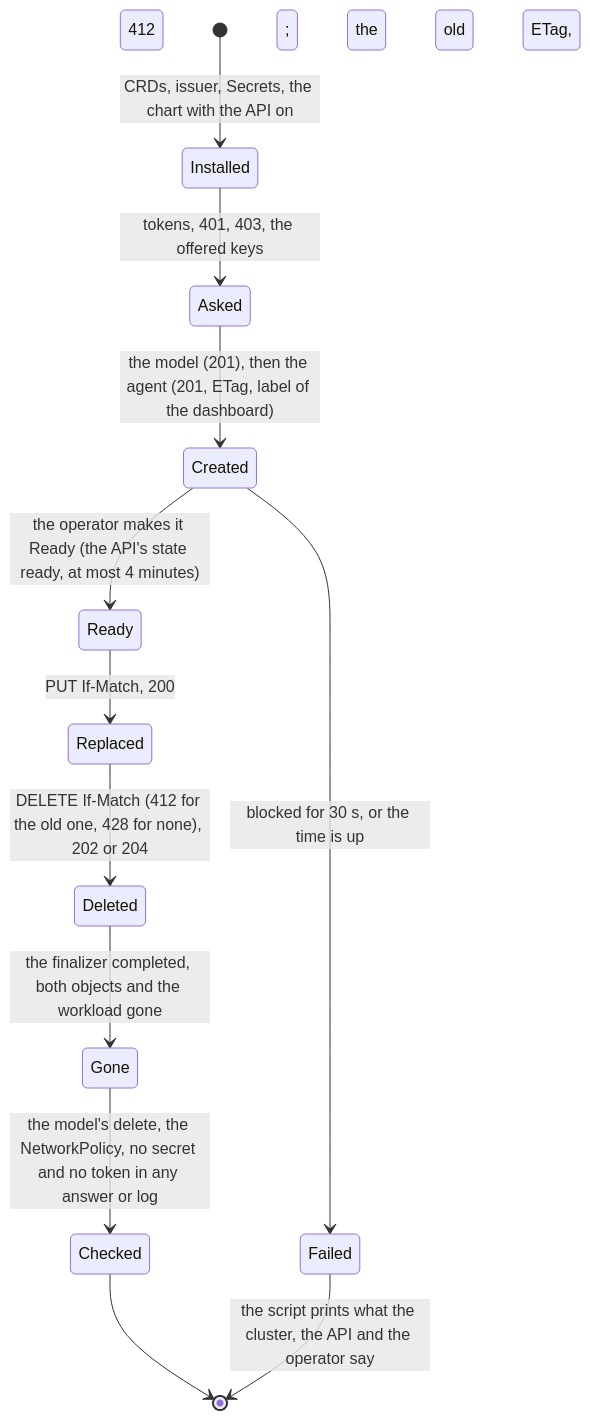
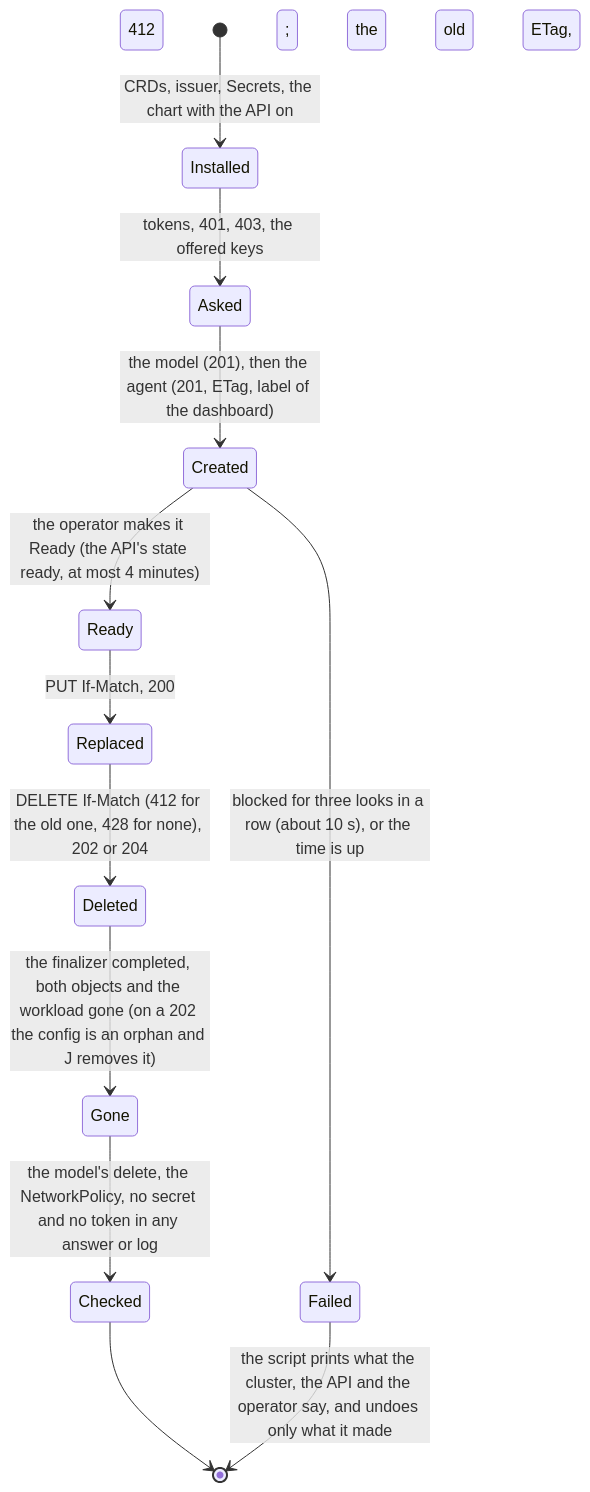
One commit to vymalo/another-agentic-platform changed the fourth of 4 diagrams in deploy/operator/tests/e2e/README.md. Above: the diagram before and after it, drawn with Mermaid. The commit also changed other lines of this file and 6 other files, not shown here.

````diff
--- a/deploy/operator/tests/e2e/README.md
+++ b/deploy/operator/tests/e2e/README.md
@@ -159,14 +180,14 @@
 ```mermaid
 stateDiagram-v2
     [*] --> Installed: CRDs, issuer, Secrets, the chart with the API on
     Installed --> Asked: tokens, 401, 403, the offered keys
     Asked --> Created: the model (201), then the agent (201, ETag, label of the dashboard)
     Created --> Ready: the operator makes it Ready (the API's state ready, at most 4 minutes)
-    Created --> Failed: blocked for 30 s, or the time is up
+    Created --> Failed: blocked for three looks in a row (about 10 s), or the time is up
     Ready --> Replaced: PUT If-Match, 200; the old ETag, 412
     Replaced --> Deleted: DELETE If-Match (412 for the old one, 428 for none), 202 or 204
-    Deleted --> Gone: the finalizer completed, both objects and the workload gone
+    Deleted --> Gone: the finalizer completed, both objects and the workload gone (on a 202 the config is an orphan and J removes it)
     Gone --> Checked: the model's delete, the NetworkPolicy, no secret and no token in any answer or log
     Checked --> [*]
-    Failed --> [*]: the script prints what the cluster, the API and the operator say
+    Failed --> [*]: the script prints what the cluster, the API and the operator say, and undoes only what it made
 ```
````
